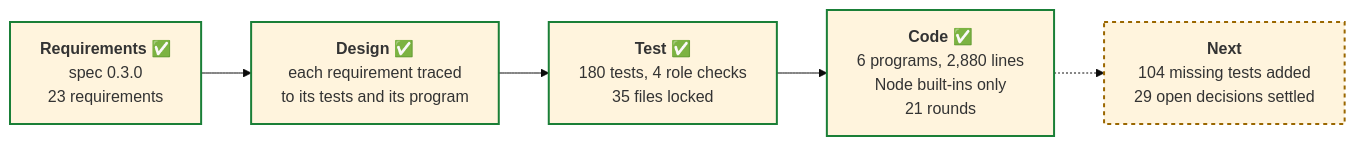
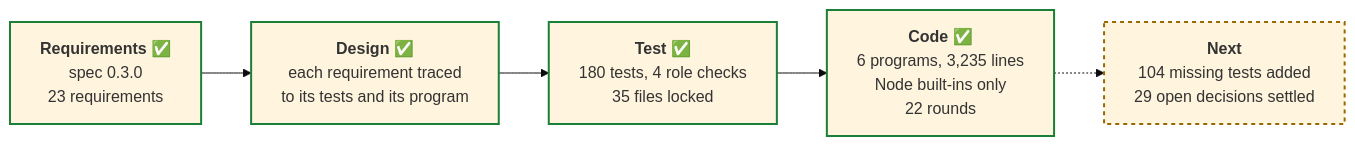
Before and after one commit to PaulDuvall/adlc-security-reviewer: the third of 4 diagrams in README.md, drawn with Mermaid (base theme). The commit also changed other lines of this file and 2 other files, not shown here.

First line of the commit message:
Code stage round 22: read TypeScript as Node runs it, and fix what two reviews found

````diff
--- a/README.md
+++ b/README.md
@@ -282,13 +285,13 @@
 ```mermaid
 flowchart LR
   req["<b>Requirements</b> ✅<br/>spec 0.3.0<br/>23 requirements"]
   des["<b>Design</b> ✅<br/>each requirement traced<br/>to its tests and its program"]
   tst["<b>Test</b> ✅<br/>180 tests, 4 role checks<br/>35 files locked"]
-  cod["<b>Code</b> ✅<br/>6 programs, 2,880 lines<br/>Node built-ins only<br/>21 rounds"]
+  cod["<b>Code</b> ✅<br/>6 programs, 3,235 lines<br/>Node built-ins only<br/>22 rounds"]
   nxt["<b>Next</b><br/>104 missing tests added<br/>29 open decisions settled"]
   req --> des --> tst --> cod -.-> nxt
   classDef done stroke:#1a7f37,stroke-width:2px
   classDef next stroke:#9a6700,stroke-width:2px,stroke-dasharray:4
   class req,des,tst,cod done
   class nxt next
 ```
````
